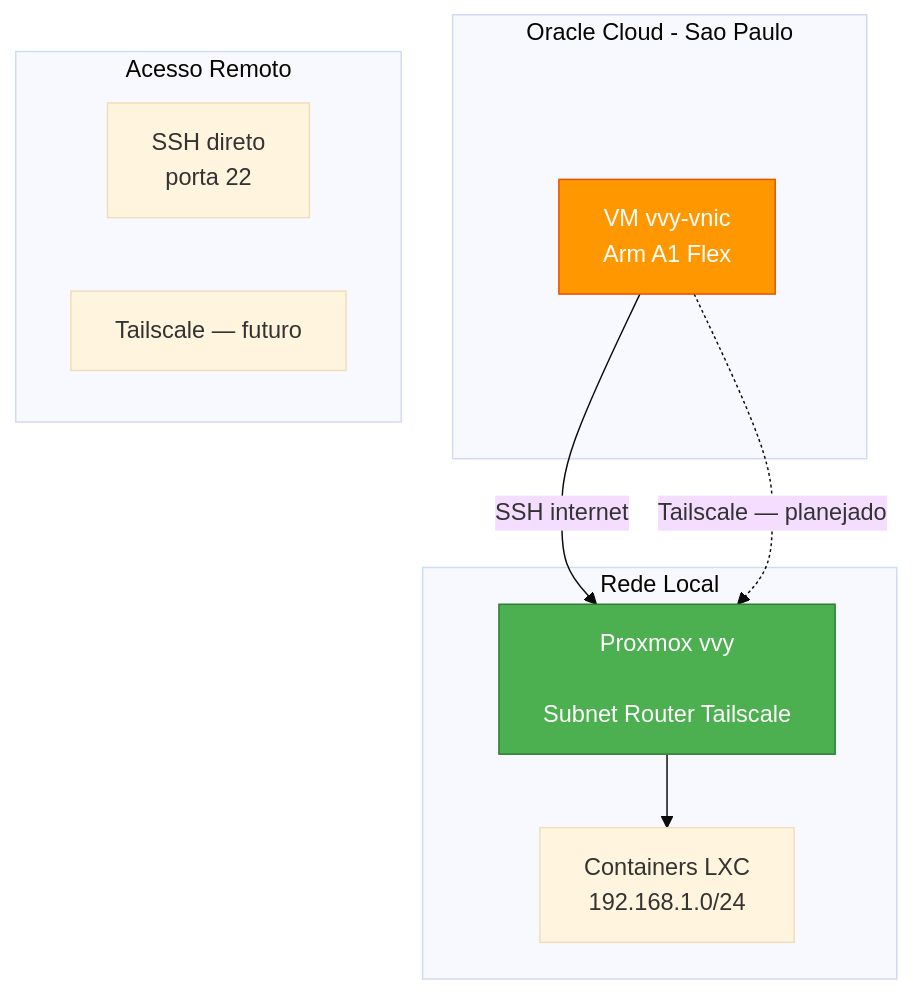
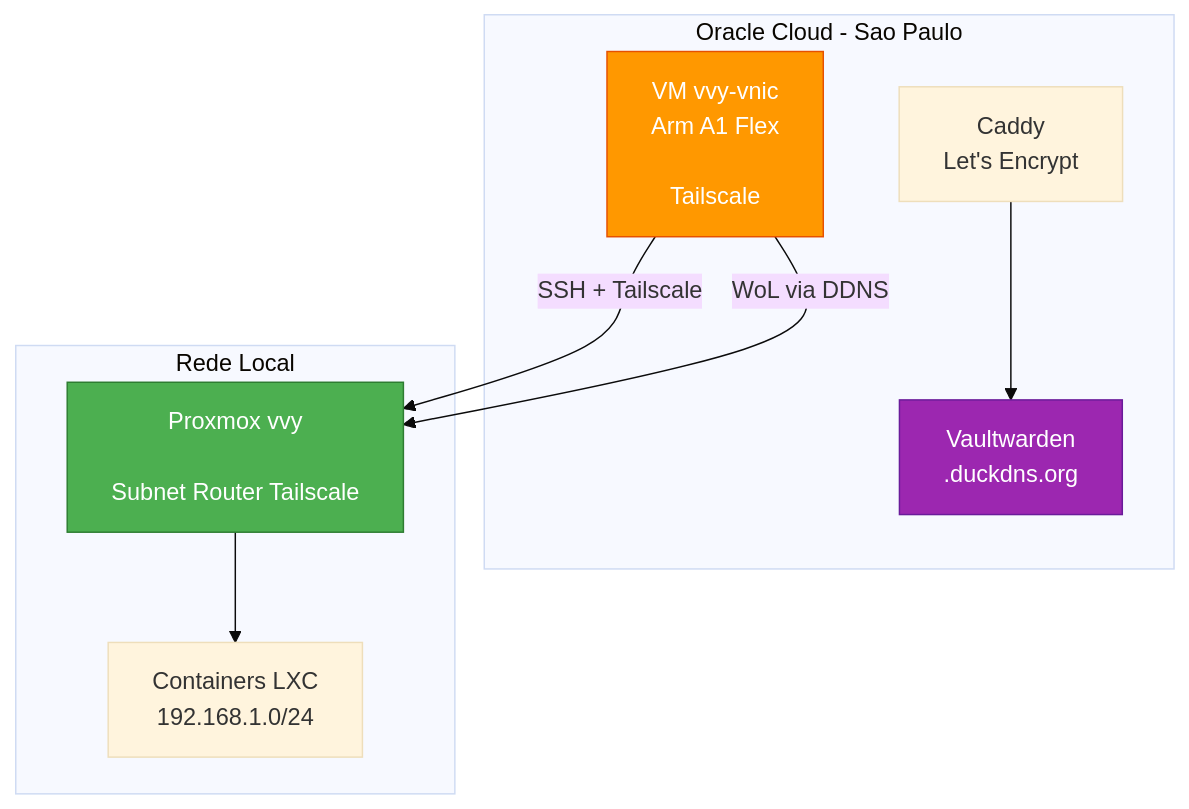
The diagram in oracle/README.md (mviniciusy/vvy-homelab), drawn with Mermaid (base theme) before and after one commit. The commit also changed other lines of this file, not shown here.

Commit message:
docs: Oracle README atualizado + sanitization-map melhorado

````diff
--- a/oracle/README.md
+++ b/oracle/README.md
@@ -11,23 +11,22 @@
 ```mermaid
 graph TB
     subgraph OracleCloud["Oracle Cloud - Sao Paulo"]
-        OCI[VM vvy-vnic<br/>Arm A1 Flex<br/><ORACLE_PUBLIC_IP>]
+        OCI[VM vvy-vnic<br/>Arm A1 Flex<br/><ORACLE_PUBLIC_IP><br/>Tailscale <TAILSCALE_ORACLE_VM_IP>]
+        VW[Vaultwarden<br/><DUCKDNS_SUBDOMAIN>.duckdns.org]
+        CD[Caddy<br/>Let's Encrypt]
     end
 
     subgraph Homelab["Rede Local"]
         VVY[Proxmox vvy<br/><HOST_IP><br/>Subnet Router Tailscale]
         LAN[Containers LXC<br/>192.168.1.0/24]
     end
 
-    subgraph Acesso Remoto
-        SSH[SSH direto<br/>porta 22]
-        TS[Tailscale — futuro]
-    end
-
-    OCI -->|SSH internet| VVY
-    OCI -.->|Tailscale — planejado| VVY
+    OCI -->|SSH + Tailscale| VVY
+    OCI -->|WoL via DDNS| VVY
     VVY --> LAN
+    CD --> VW
 
     style OCI fill:#ff9800,stroke:#e65100,color:#fff
     style VVY fill:#4caf50,stroke:#2e7d32,color:#fff
+    style VW fill:#9c27b0,stroke:#6a1b9a,color:#fff
 ```
````
